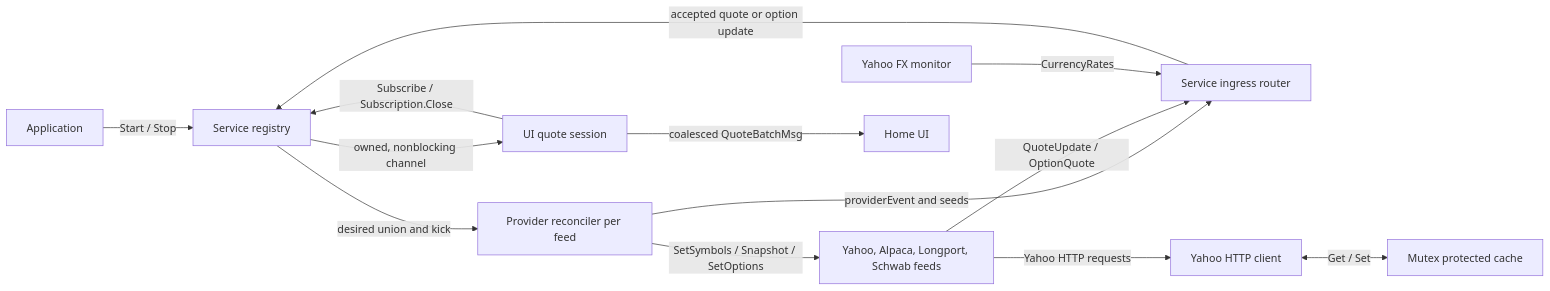
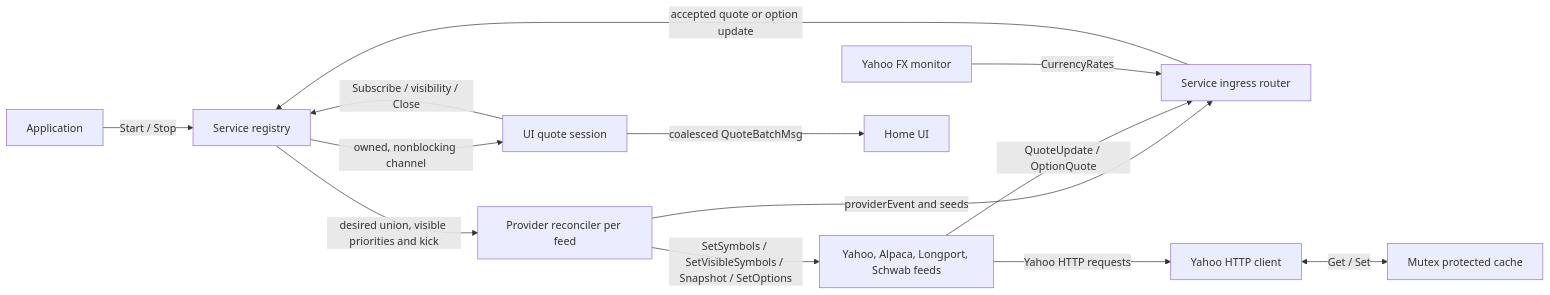
The diagram in docs/marketdata-actor-model.md (murphytalk/urphin), drawn with Mermaid before and after one commit. The commit also changed other lines of this file and 22 other files, not shown here.

````diff
--- a/docs/marketdata-actor-model.md
+++ b/docs/marketdata-actor-model.md
@@ -28,15 +29,15 @@
 ```mermaid
 flowchart LR
     App[Application] -->|Start / Stop| Service[Service registry]
-    Session[UI quote session] -->|Subscribe / Subscription.Close| Service
-    Service -->|desired union and kick| Reconciler[Provider reconciler per feed]
-    Reconciler -->|SetSymbols / Snapshot / SetOptions| Feeds[Yahoo, Alpaca, Longport, Schwab feeds]
+    Session[UI quote session] -->|Subscribe / visibility / Close| Service
+    Service -->|desired union, visible priorities and kick| Reconciler[Provider reconciler per feed]
+    Reconciler -->|SetSymbols / SetVisibleSymbols / Snapshot / SetOptions| Feeds[Yahoo, Alpaca, Longport, Schwab feeds]
     Reconciler -->|providerEvent and seeds| Router[Service ingress router]
     Feeds -->|QuoteUpdate / OptionQuote| Router
     Feeds -->|Yahoo HTTP requests| HTTP[Yahoo HTTP client]
     HTTP <-->|Get / Set| Cache[Mutex protected cache]
     YahooFX[Yahoo FX monitor] -->|CurrencyRates| Router
     Router -->|accepted quote or option update| Service
     Service -->|owned, nonblocking channel| Session
     Session -->|coalesced QuoteBatchMsg| Home[Home UI]
 ```
````
